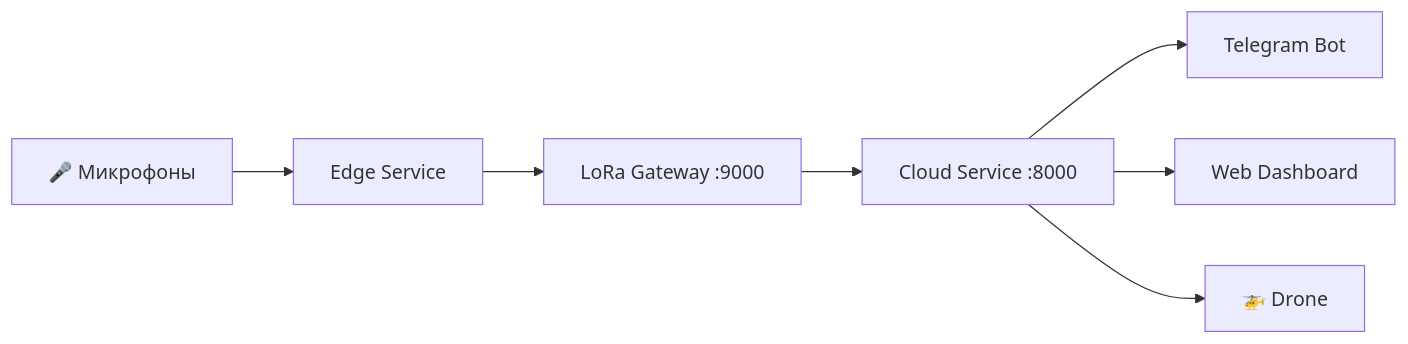
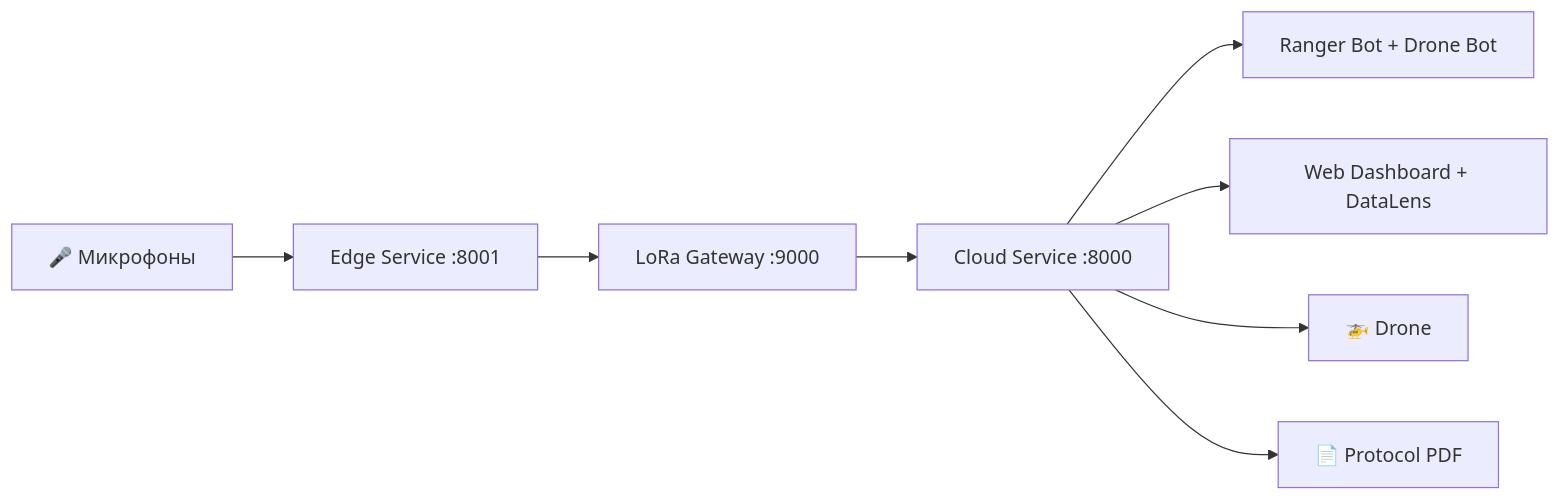
Before and after one commit to gianhu403-hash/faun: the diagram in docs/index.md, drawn with Mermaid. The commit also changed other lines of this file and 7 other files, not shown here.

````diff
--- a/docs/index.md
+++ b/docs/index.md
@@ -32,9 +35,10 @@
 ```mermaid
 graph LR
-    MIC[🎤 Микрофоны] --> EDGE[Edge Service]
+    MIC[🎤 Микрофоны] --> EDGE[Edge Service :8001]
     EDGE --> LORA[LoRa Gateway :9000]
     LORA --> CLOUD[Cloud Service :8000]
-    CLOUD --> TG[Telegram Bot]
-    CLOUD --> DASH[Web Dashboard]
+    CLOUD --> TG[Ranger Bot + Drone Bot]
+    CLOUD --> DASH[Web Dashboard + DataLens]
     CLOUD --> DRONE[🚁 Drone]
+    CLOUD --> PDF[📄 Protocol PDF]
 ```
````
